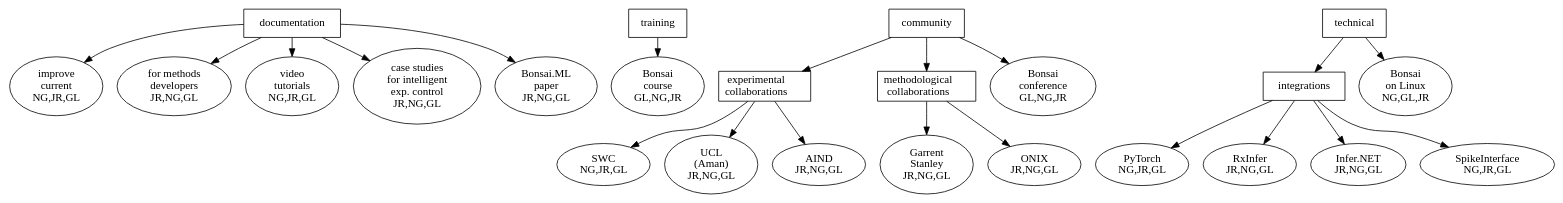
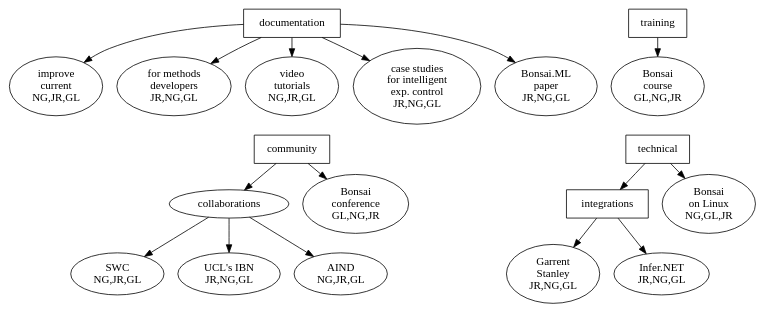
Before and after one commit to joacorapela/rsmf2025: the diagram in application/activitiesGraphs/activities_larger.dot, drawn with Graphviz. The commit also changed 1 other file, not shown here.

Commit message:
Graph in progress

```diff
--- a/application/activitiesGraphs/activities_larger.dot
+++ b/application/activitiesGraphs/activities_larger.dot
@@ -1,39 +1,36 @@
 digraph {
   layout=dot;
   ranksep=0.2;
 
   documentation [shape=box];
   documentation -> "improve\ncurrent\nNG,JR,GL";
   documentation -> "for methods\ndevelopers\nJR,NG,GL";
   documentation -> "video\ntutorials\nNG,JR,GL";
   documentation -> "case studies\nfor intelligent\nexp. control\nJR,NG,GL";
   documentation -> "Bonsai.ML\npaper\nJR,NG,GL";
 
   training [shape=box];
   training -> "Bonsai\ncourse\nGL,NG,JR";
 
+  "video\ntutorials\nNG,JR,GL" -> community [style=invis];
+
   community [shape=box];
-  community -> exp;
-  community -> methods;
-  exp [shape=box,label=<<FONT COLOR="BLACK">experimental<br/>collaborations</FONT>>]
-  methods [shape=box,label=<<FONT COLOR="BLACK">methodological<br/>collaborations</FONT>>]
+  community -> collaborations;
   community -> "Bonsai\nconference\nGL,NG,JR";
-  exp -> "SWC\nNG,JR,GL";
-  exp -> "UCL\n(Aman)\nJR,NG,GL";
-  exp -> "AIND\nJR,NG,GL";
-  methods -> "Garrent\nStanley\nJR,NG,GL";
-  methods -> "ONIX\nJR,NG,GL";
+  collaborations -> "SWC\nNG,JR,GL";
+  collaborations -> "UCL's IBN\nJR,NG,GL";
+  collaborations -> "AIND\nNG,JR,GL";
+
+  "Bonsai\ncourse\nGL,NG,JR" -> technical [style=invis];
 
   technical [shape=box];
   technical -> integrations;
   integrations [shape=box];
-  integrations -> "PyTorch\nNG,JR,GL";
-  integrations -> "RxInfer\nJR,NG,GL";
+  integrations -> "Garrent\nStanley\nJR,NG,GL";
   integrations -> "Infer.NET\nJR,NG,GL";
-  integrations -> "SpikeInterface\nNG,JR,GL";
   technical -> "Bonsai\non Linux\nNG,GL,JR";
 
 
   /* { rank=same; documentation training community technical } */
 
 }
```
